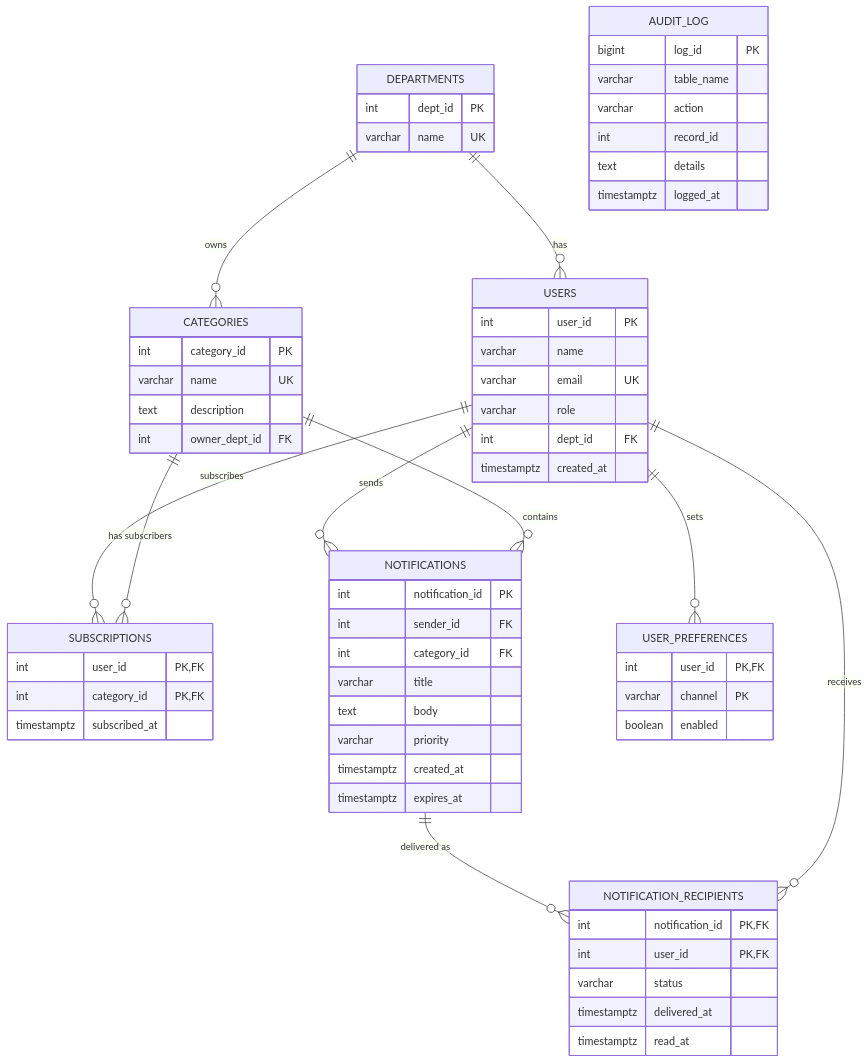
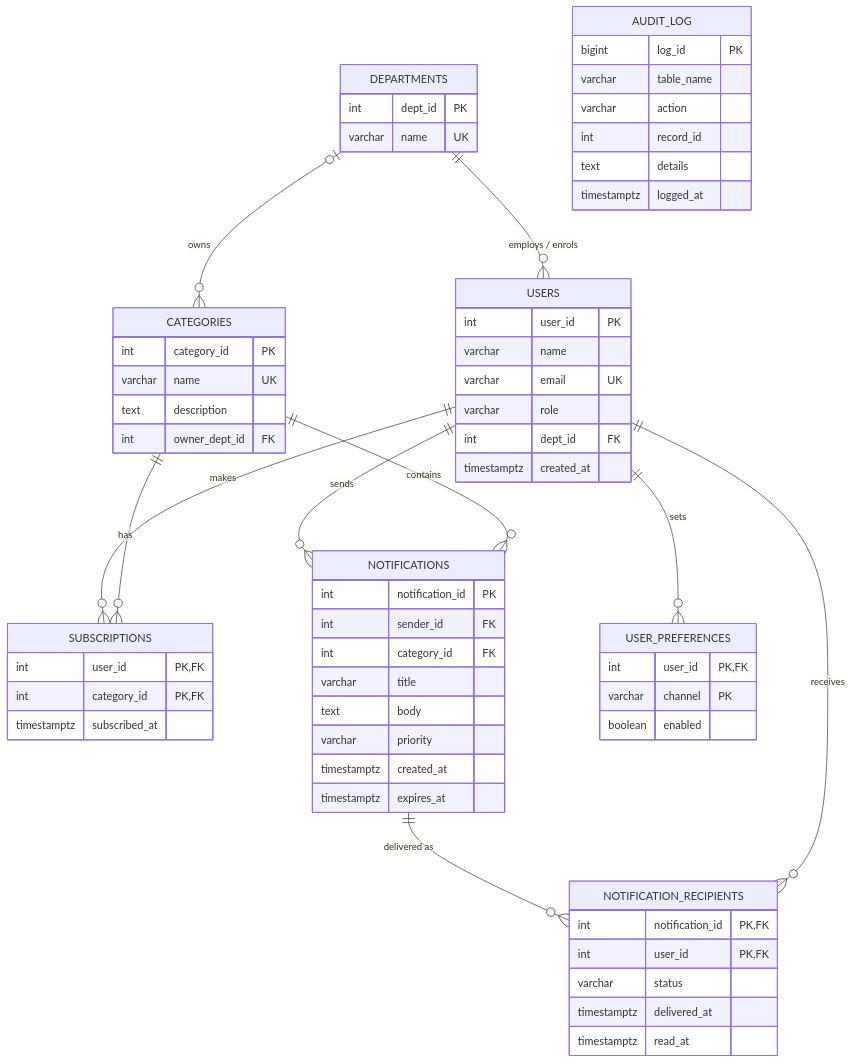
One commit to AnshikaPandey5757/NotifyHub changed the third of 5 diagrams in README.md. Above: the diagram before and after it, drawn with Mermaid. The commit also changed other lines of this file and 40 other files, not shown here.

````diff
--- a/README.md
+++ b/README.md
@@ -251,66 +283,66 @@
 ```mermaid
 erDiagram
-    DEPARTMENTS ||--o{ USERS : "has"
-    DEPARTMENTS ||--o{ CATEGORIES : "owns"
-    USERS ||--o{ SUBSCRIPTIONS : "subscribes"
-    CATEGORIES ||--o{ SUBSCRIPTIONS : "has subscribers"
+    DEPARTMENTS ||--o{ USERS : "employs / enrols"
+    DEPARTMENTS |o--o{ CATEGORIES : "owns"
+    USERS ||--o{ SUBSCRIPTIONS : "makes"
+    CATEGORIES ||--o{ SUBSCRIPTIONS : "has"
     USERS ||--o{ NOTIFICATIONS : "sends"
     CATEGORIES ||--o{ NOTIFICATIONS : "contains"
     NOTIFICATIONS ||--o{ NOTIFICATION_RECIPIENTS : "delivered as"
     USERS ||--o{ NOTIFICATION_RECIPIENTS : "receives"
     USERS ||--o{ USER_PREFERENCES : "sets"
 
     DEPARTMENTS {
         int dept_id PK
         varchar name UK
     }
     USERS {
         int user_id PK
         varchar name
         varchar email UK
         varchar role
         int dept_id FK
         timestamptz created_at
     }
     CATEGORIES {
         int category_id PK
         varchar name UK
         text description
         int owner_dept_id FK
     }
     SUBSCRIPTIONS {
         int user_id PK,FK
         int category_id PK,FK
         timestamptz subscribed_at
     }
     NOTIFICATIONS {
         int notification_id PK
         int sender_id FK
         int category_id FK
         varchar title
         text body
         varchar priority
         timestamptz created_at
         timestamptz expires_at
     }
     NOTIFICATION_RECIPIENTS {
         int notification_id PK,FK
         int user_id PK,FK
         varchar status
         timestamptz delivered_at
         timestamptz read_at
     }
     USER_PREFERENCES {
         int user_id PK,FK
         varchar channel PK
         boolean enabled
     }
     AUDIT_LOG {
         bigint log_id PK
         varchar table_name
         varchar action
         int record_id
         text details
         timestamptz logged_at
     }
 ```
````
